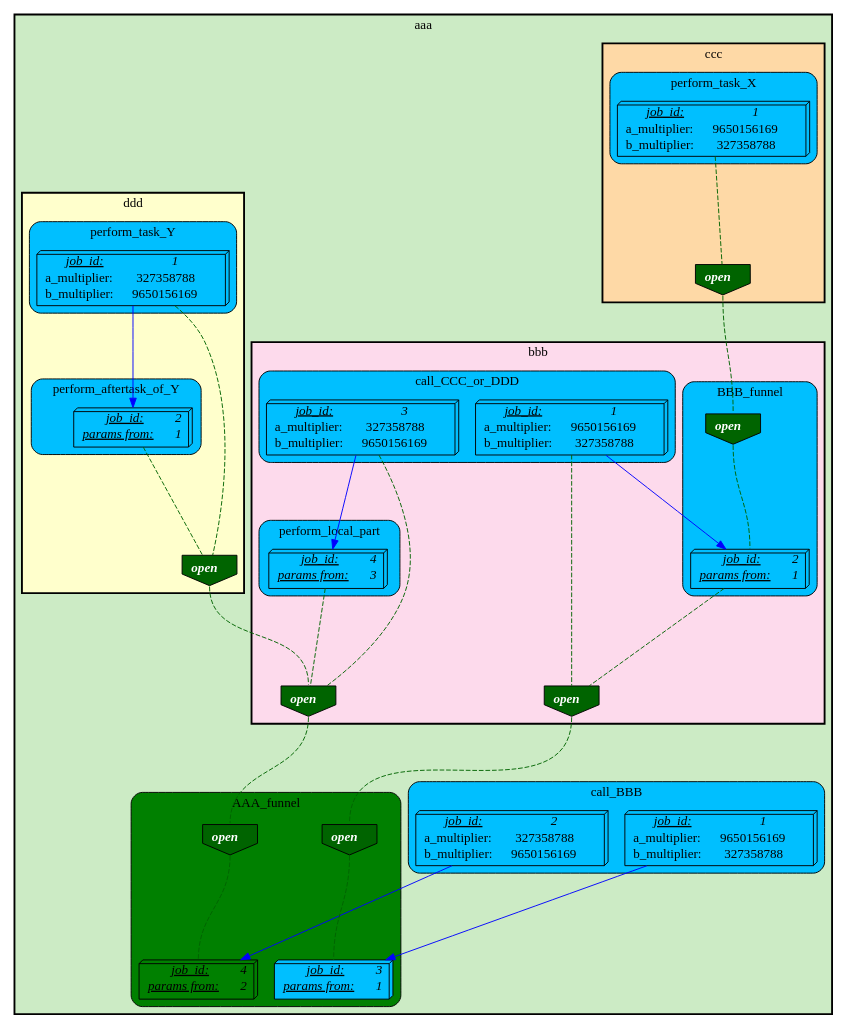
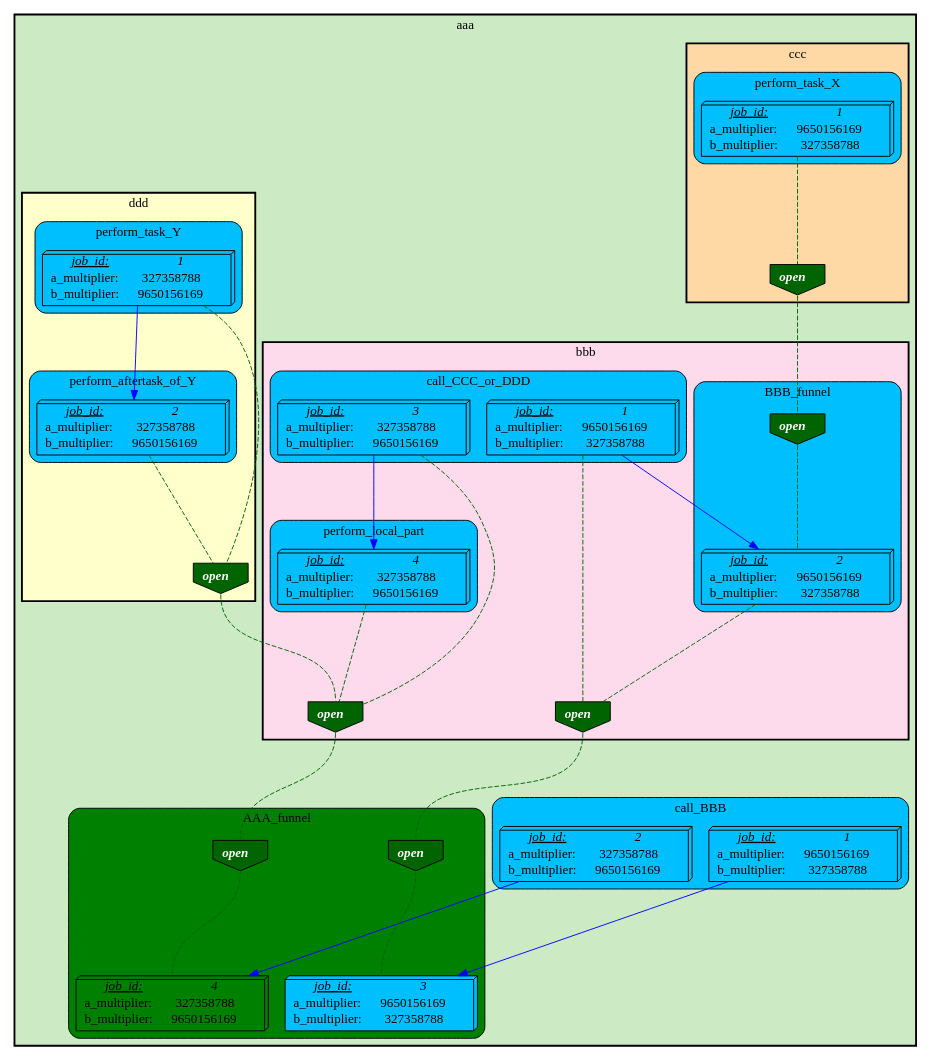
One commit to Ensembl/ensembl-hive changed the diagram in t/03.scripts/visualize_jobs/quad_pipe/quad_pipe_jobs_09.dot. Above: the diagram before and after it, drawn with Graphviz. The commit also changed 27 other files, not shown here.

```diff
--- a/t/03.scripts/visualize_jobs/quad_pipe/quad_pipe_jobs_09.dot
+++ b/t/03.scripts/visualize_jobs/quad_pipe/quad_pipe_jobs_09.dot
@@ -1,143 +1,143 @@
 digraph test {
 	ratio="compress"; name = "JobDependencyGraph"; pad = "0"; ranksep = "1.4"; remincross = "true";
 	job_1__aaa [fillcolor="DeepSkyBlue", label=<<table border="0" cellborder="0" cellspacing="0" cellpadding="1"><tr><td><u><i>job_id:</i></u></td><td><i>1</i></td></tr><tr><td>a_multiplier:</td><td> 9650156169</td></tr><tr><td>b_multiplier:</td><td> 327358788</td></tr></table>>, shape="box3d", style="filled"];
 	job_1__bbb [fillcolor="DeepSkyBlue", label=<<table border="0" cellborder="0" cellspacing="0" cellpadding="1"><tr><td><u><i>job_id:</i></u></td><td><i>1</i></td></tr><tr><td>a_multiplier:</td><td> 9650156169</td></tr><tr><td>b_multiplier:</td><td> 327358788</td></tr></table>>, shape="box3d", style="filled"];
 	job_1__ccc [fillcolor="DeepSkyBlue", label=<<table border="0" cellborder="0" cellspacing="0" cellpadding="1"><tr><td><u><i>job_id:</i></u></td><td><i>1</i></td></tr><tr><td>a_multiplier:</td><td> 9650156169</td></tr><tr><td>b_multiplier:</td><td> 327358788</td></tr></table>>, shape="box3d", style="filled"];
 	job_1__ddd [fillcolor="DeepSkyBlue", label=<<table border="0" cellborder="0" cellspacing="0" cellpadding="1"><tr><td><u><i>job_id:</i></u></td><td><i>1</i></td></tr><tr><td>a_multiplier:</td><td> 327358788</td></tr><tr><td>b_multiplier:</td><td> 9650156169</td></tr></table>>, shape="box3d", style="filled"];
 	job_2__aaa [fillcolor="DeepSkyBlue", label=<<table border="0" cellborder="0" cellspacing="0" cellpadding="1"><tr><td><u><i>job_id:</i></u></td><td><i>2</i></td></tr><tr><td>a_multiplier:</td><td> 327358788</td></tr><tr><td>b_multiplier:</td><td> 9650156169</td></tr></table>>, shape="box3d", style="filled"];
-	job_2__bbb [fillcolor="DeepSkyBlue", label=<<table border="0" cellborder="0" cellspacing="0" cellpadding="1"><tr><td><u><i>job_id:</i></u></td><td><i>2</i></td></tr><tr><td><u><i>params from:</i></u></td><td><i>1</i></td></tr></table>>, shape="box3d", style="filled"];
-	job_2__ddd [fillcolor="DeepSkyBlue", label=<<table border="0" cellborder="0" cellspacing="0" cellpadding="1"><tr><td><u><i>job_id:</i></u></td><td><i>2</i></td></tr><tr><td><u><i>params from:</i></u></td><td><i>1</i></td></tr></table>>, shape="box3d", style="filled"];
-	job_3__aaa [fillcolor="DeepSkyBlue", label=<<table border="0" cellborder="0" cellspacing="0" cellpadding="1"><tr><td><u><i>job_id:</i></u></td><td><i>3</i></td></tr><tr><td><u><i>params from:</i></u></td><td><i>1</i></td></tr></table>>, shape="box3d", style="filled"];
+	job_2__bbb [fillcolor="DeepSkyBlue", label=<<table border="0" cellborder="0" cellspacing="0" cellpadding="1"><tr><td><u><i>job_id:</i></u></td><td><i>2</i></td></tr><tr><td>a_multiplier:</td><td> 9650156169</td></tr><tr><td>b_multiplier:</td><td> 327358788</td></tr></table>>, shape="box3d", style="filled"];
+	job_2__ddd [fillcolor="DeepSkyBlue", label=<<table border="0" cellborder="0" cellspacing="0" cellpadding="1"><tr><td><u><i>job_id:</i></u></td><td><i>2</i></td></tr><tr><td>a_multiplier:</td><td> 327358788</td></tr><tr><td>b_multiplier:</td><td> 9650156169</td></tr></table>>, shape="box3d", style="filled"];
+	job_3__aaa [fillcolor="DeepSkyBlue", label=<<table border="0" cellborder="0" cellspacing="0" cellpadding="1"><tr><td><u><i>job_id:</i></u></td><td><i>3</i></td></tr><tr><td>a_multiplier:</td><td> 9650156169</td></tr><tr><td>b_multiplier:</td><td> 327358788</td></tr></table>>, shape="box3d", style="filled"];
 	job_3__bbb [fillcolor="DeepSkyBlue", label=<<table border="0" cellborder="0" cellspacing="0" cellpadding="1"><tr><td><u><i>job_id:</i></u></td><td><i>3</i></td></tr><tr><td>a_multiplier:</td><td> 327358788</td></tr><tr><td>b_multiplier:</td><td> 9650156169</td></tr></table>>, shape="box3d", style="filled"];
-	job_4__aaa [fillcolor="green", label=<<table border="0" cellborder="0" cellspacing="0" cellpadding="1"><tr><td><u><i>job_id:</i></u></td><td><i>4</i></td></tr><tr><td><u><i>params from:</i></u></td><td><i>2</i></td></tr></table>>, shape="box3d", style="filled"];
-	job_4__bbb [fillcolor="DeepSkyBlue", label=<<table border="0" cellborder="0" cellspacing="0" cellpadding="1"><tr><td><u><i>job_id:</i></u></td><td><i>4</i></td></tr><tr><td><u><i>params from:</i></u></td><td><i>3</i></td></tr></table>>, shape="box3d", style="filled"];
+	job_4__aaa [fillcolor="green", label=<<table border="0" cellborder="0" cellspacing="0" cellpadding="1"><tr><td><u><i>job_id:</i></u></td><td><i>4</i></td></tr><tr><td>a_multiplier:</td><td> 327358788</td></tr><tr><td>b_multiplier:</td><td> 9650156169</td></tr></table>>, shape="box3d", style="filled"];
+	job_4__bbb [fillcolor="DeepSkyBlue", label=<<table border="0" cellborder="0" cellspacing="0" cellpadding="1"><tr><td><u><i>job_id:</i></u></td><td><i>4</i></td></tr><tr><td>a_multiplier:</td><td> 327358788</td></tr><tr><td>b_multiplier:</td><td> 9650156169</td></tr></table>>, shape="box3d", style="filled"];
 	semaphore_1__aaa [fillcolor="darkgreen", label=<<table border="0" cellborder="0" cellspacing="0" cellpadding="1"><tr><td colspan="3"><font color="white"><b><i>open</i></b></font></td></tr></table>>, margin="0,0", shape="invhouse", style="filled"];
 	semaphore_1__bbb [fillcolor="darkgreen", label=<<table border="0" cellborder="0" cellspacing="0" cellpadding="1"><tr><td colspan="3"><font color="white"><b><i>open</i></b></font></td></tr></table>>, margin="0,0", shape="invhouse", style="filled"];
 	semaphore_1__ccc [fillcolor="darkgreen", label=<<table border="0" cellborder="0" cellspacing="0" cellpadding="1"><tr><td colspan="3"><font color="white"><b><i>open</i></b></font></td></tr></table>>, margin="0,0", shape="invhouse", style="filled"];
 	semaphore_1__ddd [fillcolor="darkgreen", label=<<table border="0" cellborder="0" cellspacing="0" cellpadding="1"><tr><td colspan="3"><font color="white"><b><i>open</i></b></font></td></tr></table>>, margin="0,0", shape="invhouse", style="filled"];
 	semaphore_2__aaa [fillcolor="darkgreen", label=<<table border="0" cellborder="0" cellspacing="0" cellpadding="1"><tr><td colspan="3"><font color="white"><b><i>open</i></b></font></td></tr></table>>, margin="0,0", shape="invhouse", style="filled"];
 	semaphore_2__bbb [fillcolor="darkgreen", label=<<table border="0" cellborder="0" cellspacing="0" cellpadding="1"><tr><td colspan="3"><font color="white"><b><i>open</i></b></font></td></tr></table>>, margin="0,0", shape="invhouse", style="filled"];
 	semaphore_3__bbb [fillcolor="darkgreen", label=<<table border="0" cellborder="0" cellspacing="0" cellpadding="1"><tr><td colspan="3"><font color="white"><b><i>open</i></b></font></td></tr></table>>, margin="0,0", shape="invhouse", style="filled"];
 	job_1__aaa -> job_3__aaa [color="blue"];
 	job_1__bbb -> job_2__bbb [color="blue"];
 	job_1__bbb -> semaphore_1__bbb [arrowhead="none", color="darkgreen", style="dashed"];
 	job_1__ccc -> semaphore_1__ccc [arrowhead="none", color="darkgreen", style="dashed"];
 	job_1__ddd -> job_2__ddd [color="blue"];
 	job_1__ddd -> semaphore_1__ddd [arrowhead="none", color="darkgreen", style="dashed"];
 	job_2__aaa -> job_4__aaa [color="blue"];
 	job_2__bbb -> semaphore_1__bbb [arrowhead="none", color="darkgreen", style="dashed"];
 	job_2__ddd -> semaphore_1__ddd [arrowhead="none", color="darkgreen", style="dashed"];
 	job_3__bbb -> job_4__bbb [color="blue"];
 	job_3__bbb -> semaphore_3__bbb [arrowhead="none", color="darkgreen", style="dashed"];
 	job_4__bbb -> semaphore_3__bbb [arrowhead="none", color="darkgreen", style="dashed"];
 	semaphore_1__aaa -> job_3__aaa [arrowhead="none", color="darkgreen", headport="n", style="dashed", tailport="s"];
 	semaphore_1__bbb -> semaphore_1__aaa [arrowhead="none", color="darkgreen", headport="n", style="dashed", tailport="s"];
 	semaphore_1__ccc -> semaphore_2__bbb [arrowhead="none", color="darkgreen", headport="n", style="dashed", tailport="s"];
 	semaphore_1__ddd -> semaphore_3__bbb [arrowhead="none", color="darkgreen", headport="n", style="dashed", tailport="s"];
 	semaphore_2__aaa -> job_4__aaa [arrowhead="none", color="darkgreen", headport="n", style="dashed", tailport="s"];
 	semaphore_2__bbb -> job_2__bbb [arrowhead="none", color="darkgreen", headport="n", style="dashed", tailport="s"];
 	semaphore_3__bbb -> semaphore_2__aaa [arrowhead="none", color="darkgreen", headport="n", style="dashed", tailport="s"];
 
 subgraph cluster_aaa {
 	label="aaa";
 	style="bold,filled";
 	colorscheme="pastel19";
 	fillcolor="3";
 	color="";
 	subgraph cluster_AAA_funnel {
 		label="AAA_funnel";
 		style="rounded,filled";
 		colorscheme="X11";
 		fillcolor="green";
 		color="";
 		job_3__aaa;
 		job_4__aaa;
 		semaphore_1__aaa;
 		semaphore_2__aaa;
 	}
 	subgraph cluster_bbb {
 		label="bbb";
 		style="bold,filled";
 		colorscheme="pastel19";
 		fillcolor="8";
 		color="";
 		subgraph cluster_ehive_test_vj_1___BBB_funnel {
 			label="BBB_funnel";
 			style="rounded,filled";
 			colorscheme="X11";
 			fillcolor="DeepSkyBlue";
 			color="";
 			job_2__bbb;
 			semaphore_2__bbb;
 		}
 		subgraph cluster_ehive_test_vj_1___call_CCC_or_DDD {
 			label="call_CCC_or_DDD";
 			style="rounded,filled";
 			colorscheme="X11";
 			fillcolor="DeepSkyBlue";
 			color="";
 			job_1__bbb;
 			job_3__bbb;
 		}
 		subgraph cluster_ehive_test_vj_1___perform_local_part {
 			label="perform_local_part";
 			style="rounded,filled";
 			colorscheme="X11";
 			fillcolor="DeepSkyBlue";
 			color="";
 			job_4__bbb;
 		}
 		semaphore_1__bbb;
 		semaphore_3__bbb;
 	}
 	subgraph cluster_call_BBB {
 		label="call_BBB";
 		style="rounded,filled";
 		colorscheme="X11";
 		fillcolor="DeepSkyBlue";
 		color="";
 		job_1__aaa;
 		job_2__aaa;
 	}
 	subgraph cluster_ccc {
 		label="ccc";
 		style="bold,filled";
 		colorscheme="pastel19";
 		fillcolor="5";
 		color="";
 		subgraph cluster_ehive_test_vj_2___perform_task_X {
 			label="perform_task_X";
 			style="rounded,filled";
 			colorscheme="X11";
 			fillcolor="DeepSkyBlue";
 			color="";
 			job_1__ccc;
 		}
 		semaphore_1__ccc;
 	}
 	subgraph cluster_ddd {
 		label="ddd";
 		style="bold,filled";
 		colorscheme="pastel19";
 		fillcolor="6";
 		color="";
 		subgraph cluster_ehive_test_vj_3___perform_aftertask_of_Y {
 			label="perform_aftertask_of_Y";
 			style="rounded,filled";
 			colorscheme="X11";
 			fillcolor="DeepSkyBlue";
 			color="";
 			job_2__ddd;
 		}
 		subgraph cluster_ehive_test_vj_3___perform_task_Y {
 			label="perform_task_Y";
 			style="rounded,filled";
 			colorscheme="X11";
 			fillcolor="DeepSkyBlue";
 			color="";
 			job_1__ddd;
 		}
 		semaphore_1__ddd;
 	}
 }
 }
```
